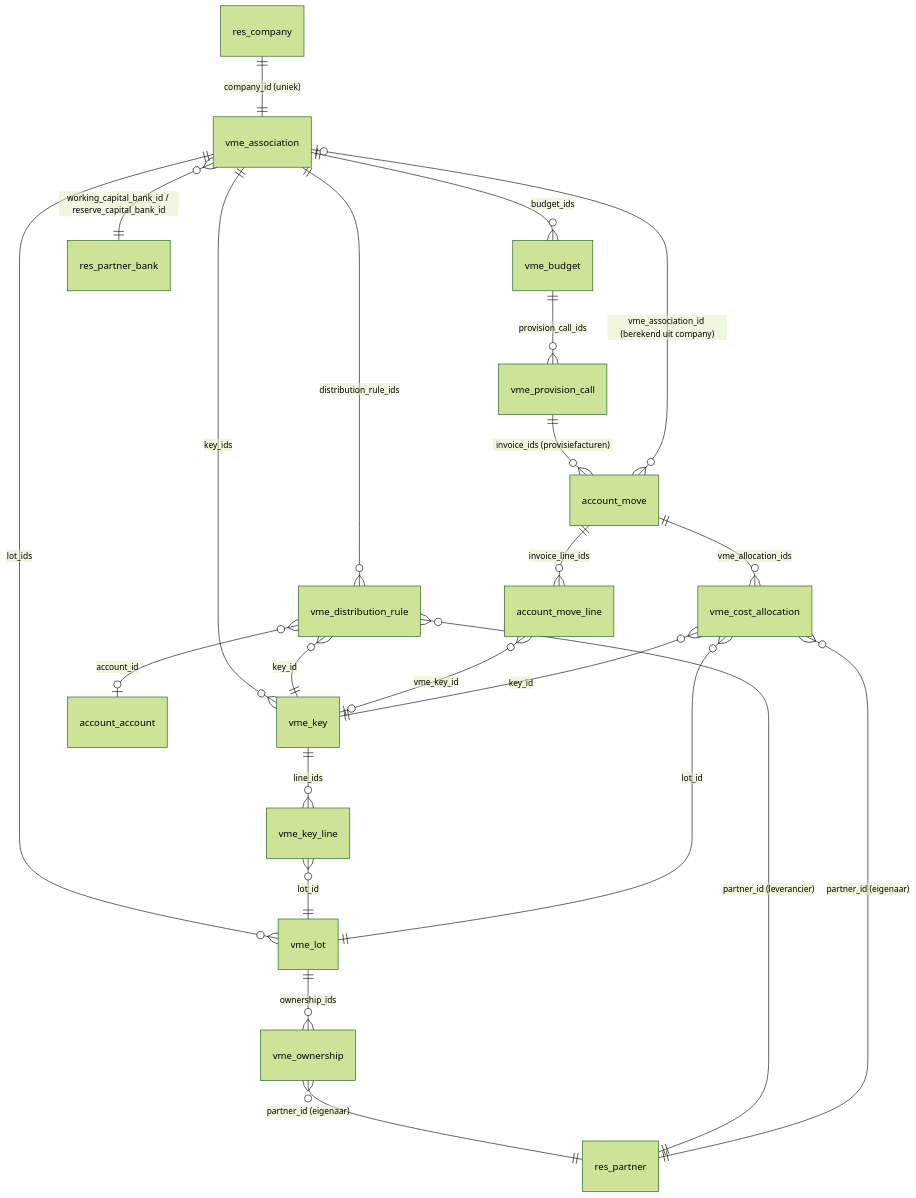
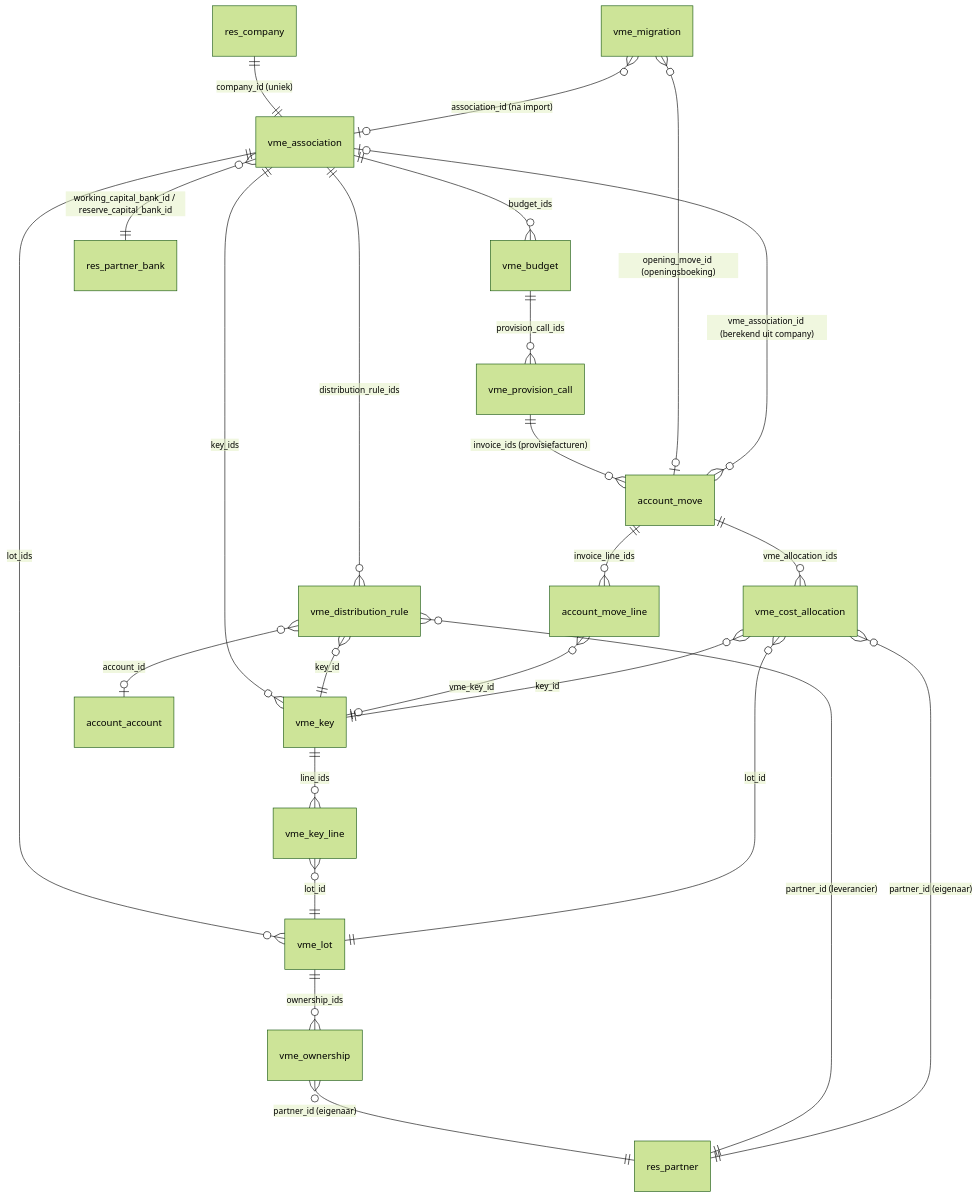
One commit to cmaixen/VME-Odoo-Prototype changed the diagram in docs/dev/datamodel.md. Above: the diagram before and after it, drawn with Mermaid (forest theme). The commit also changed other lines of this file and 38 other files, not shown here.

````diff
--- a/docs/dev/datamodel.md
+++ b/docs/dev/datamodel.md
@@ -3,25 +3,27 @@
 ```mermaid
 erDiagram
     res_company ||--|| vme_association : "company_id (uniek)"
     vme_association ||--o{ vme_lot : lot_ids
     vme_association ||--o{ vme_key : key_ids
     vme_association ||--o{ vme_distribution_rule : distribution_rule_ids
     vme_association ||--o{ vme_budget : budget_ids
     vme_association }o--|| res_partner_bank : "working_capital_bank_id / reserve_capital_bank_id"
     vme_key ||--o{ vme_key_line : line_ids
     vme_key_line }o--|| vme_lot : lot_id
     vme_lot ||--o{ vme_ownership : ownership_ids
     vme_ownership }o--|| res_partner : "partner_id (eigenaar)"
     vme_distribution_rule }o--|| res_partner : "partner_id (leverancier)"
     vme_distribution_rule }o--|| vme_key : key_id
     vme_distribution_rule }o--o| account_account : account_id
     vme_budget ||--o{ vme_provision_call : provision_call_ids
     vme_provision_call ||--o{ account_move : "invoice_ids (provisiefacturen)"
     account_move }o--o| vme_association : "vme_association_id (berekend uit company)"
     account_move ||--o{ account_move_line : invoice_line_ids
     account_move_line }o--o| vme_key : vme_key_id
     account_move ||--o{ vme_cost_allocation : vme_allocation_ids
     vme_cost_allocation }o--|| vme_lot : lot_id
     vme_cost_allocation }o--|| res_partner : "partner_id (eigenaar)"
     vme_cost_allocation }o--|| vme_key : key_id
+    vme_migration }o--o| vme_association : "association_id (na import)"
+    vme_migration }o--o| account_move : "opening_move_id (openingsboeking)"
 ```
````
